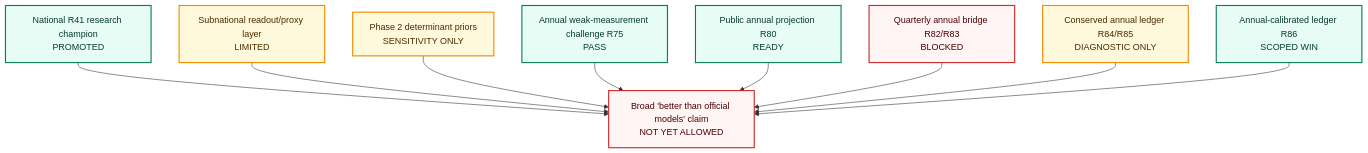
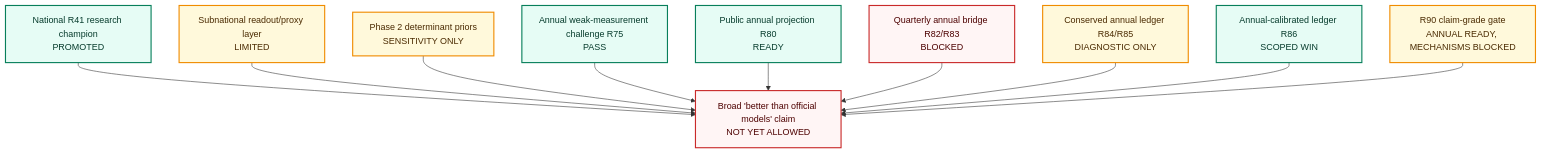
One commit to gauravshajepal-hash/ModelHIV-PH changed the second of 5 diagrams in README.md. Above: the diagram before and after it, drawn with Mermaid. The commit also changed other lines of this file and 4 other files, not shown here.

Commit message:
Add R90 claim-grade gate

````diff
--- a/README.md
+++ b/README.md
@@ -67,25 +71,27 @@
 ```mermaid
 flowchart TB
     A["National R41 research champion<br/>PROMOTED"]:::pass
     B["Subnational readout/proxy layer<br/>LIMITED"]:::warn
     C["Phase 2 determinant priors<br/>SENSITIVITY ONLY"]:::warn
     D["Annual weak-measurement challenge R75<br/>PASS"]:::pass
     E["Public annual projection R80<br/>READY"]:::pass
     F["Quarterly annual bridge R82/R83<br/>BLOCKED"]:::fail
     G["Conserved annual ledger R84/R85<br/>DIAGNOSTIC ONLY"]:::warn
     I["Annual-calibrated ledger R86<br/>SCOPED WIN"]:::pass
+    J["R90 claim-grade gate<br/>ANNUAL READY, MECHANISMS BLOCKED"]:::warn
     H["Broad 'better than official models' claim<br/>NOT YET ALLOWED"]:::fail
 
     A --> H
     B --> H
     C --> H
     D --> H
     E --> H
     F --> H
     G --> H
     I --> H
+    J --> H
 
     classDef pass fill:#e6fcf5,stroke:#087f5b,stroke-width:2px,color:#063b2c;
     classDef warn fill:#fff9db,stroke:#f08c00,stroke-width:2px,color:#4a2a00;
     classDef fail fill:#fff5f5,stroke:#c92a2a,stroke-width:2px,color:#4d0000;
 ```
````
